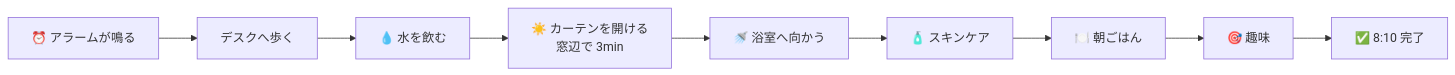
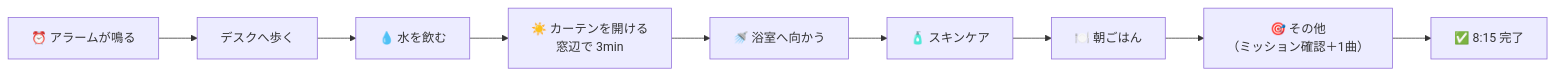
Before and after one commit to iharak058070-afk/test: diagram 12 of 12 in 朝ルーティン定着化プロジェクト.md, drawn with Mermaid. The commit also changed other lines of this file, not shown here.

First line of the commit message:
Update 朝ルーティン: シャワー10min化・趣味→その他（ミッション確認+1曲）に変更

````diff
--- a/朝ルーティン定着化プロジェクト.md
+++ b/朝ルーティン定着化プロジェクト.md
@@ -328,11 +333,11 @@
 ```mermaid
 flowchart LR
     T1["⏰ アラームが鳴る"] --> T2["デスクへ歩く"]
     T2 --> T3["💧 水を飲む"]
     T3 --> T4["☀️ カーテンを開ける\n窓辺で 3min"]
     T4 --> T5["🚿 浴室へ向かう"]
     T5 --> T6["🧴 スキンケア"]
     T6 --> T7["🍽️ 朝ごはん"]
-    T7 --> T8["🎯 趣味"]
-    T8 --> T9["✅ 8:10 完了"]
+    T7 --> T8["🎯 その他\n（ミッション確認＋1曲）"]
+    T8 --> T9["✅ 8:15 完了"]
 ```
````
